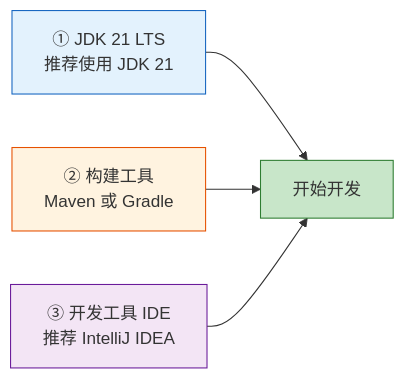
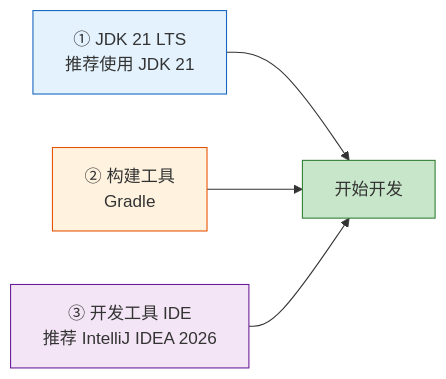
One commit to zerioo1970/summary changed the fourth of 6 diagrams in spring-boot-3.5-学习资料/01-SpringBoot简介与环境搭建.md. Above: the diagram before and after it, drawn with Mermaid. The commit also changed other lines of this file and 6 other files, not shown here.

First line of the commit message:
docs: 构建工具从 Maven 全面改为 Gradle，标注 IDEA 2026

````diff
--- a/spring-boot-3.5-学习资料/01-SpringBoot简介与环境搭建.md
+++ b/spring-boot-3.5-学习资料/01-SpringBoot简介与环境搭建.md
@@ -103,11 +103,11 @@
 ```mermaid
 flowchart LR
     A[① JDK 21 LTS<br/>推荐使用 JDK 21] --> D[开始开发]
-    B[② 构建工具<br/>Maven 或 Gradle] --> D
-    C[③ 开发工具 IDE<br/>推荐 IntelliJ IDEA] --> D
+    B[② 构建工具<br/>Gradle] --> D
+    C[③ 开发工具 IDE<br/>推荐 IntelliJ IDEA 2026] --> D
 
     style A fill:#e3f2fd,stroke:#1565c0
     style B fill:#fff3e0,stroke:#e65100
     style C fill:#f3e5f5,stroke:#6a1b9a
     style D fill:#c8e6c9,stroke:#2e7d32
 ```
````
